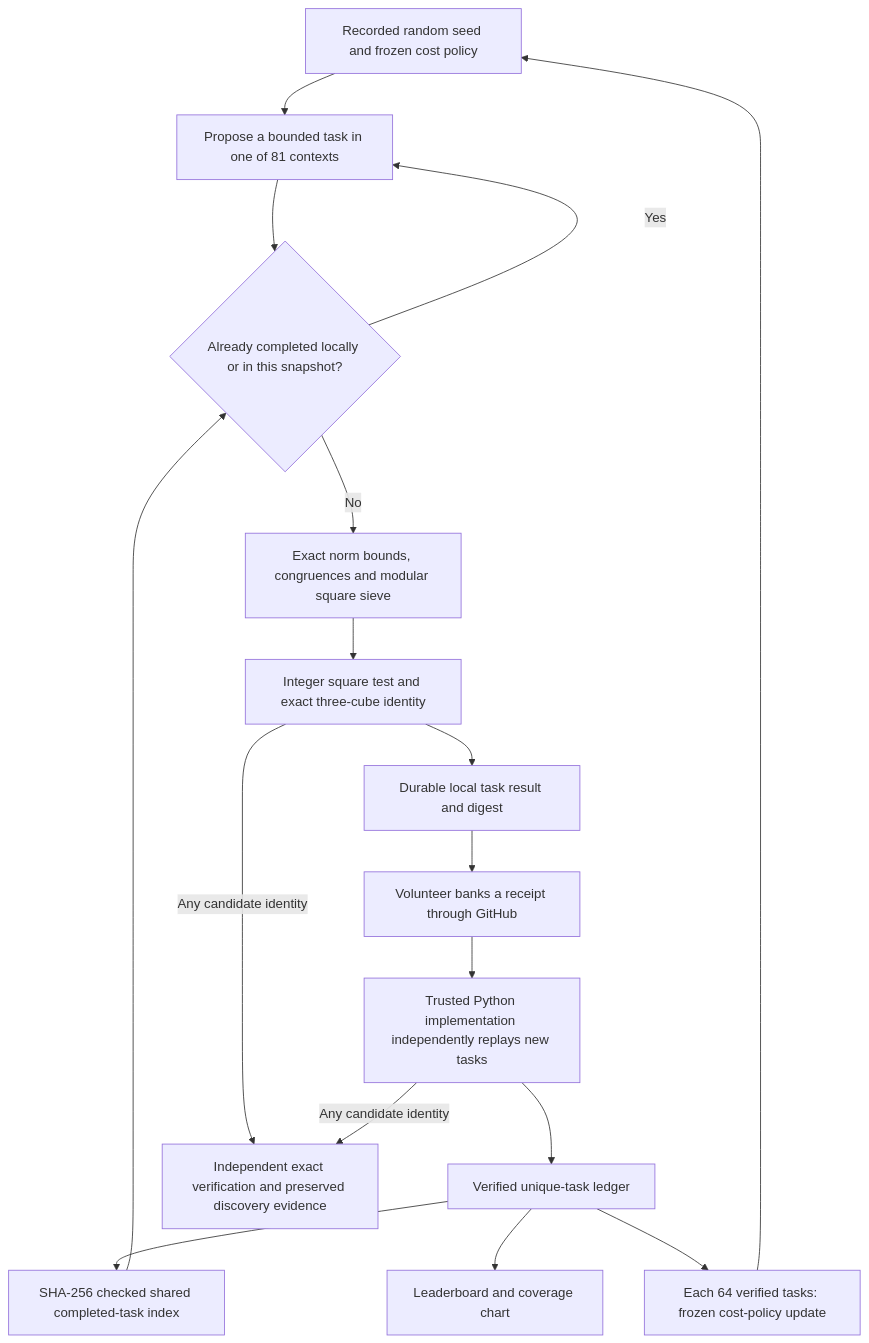
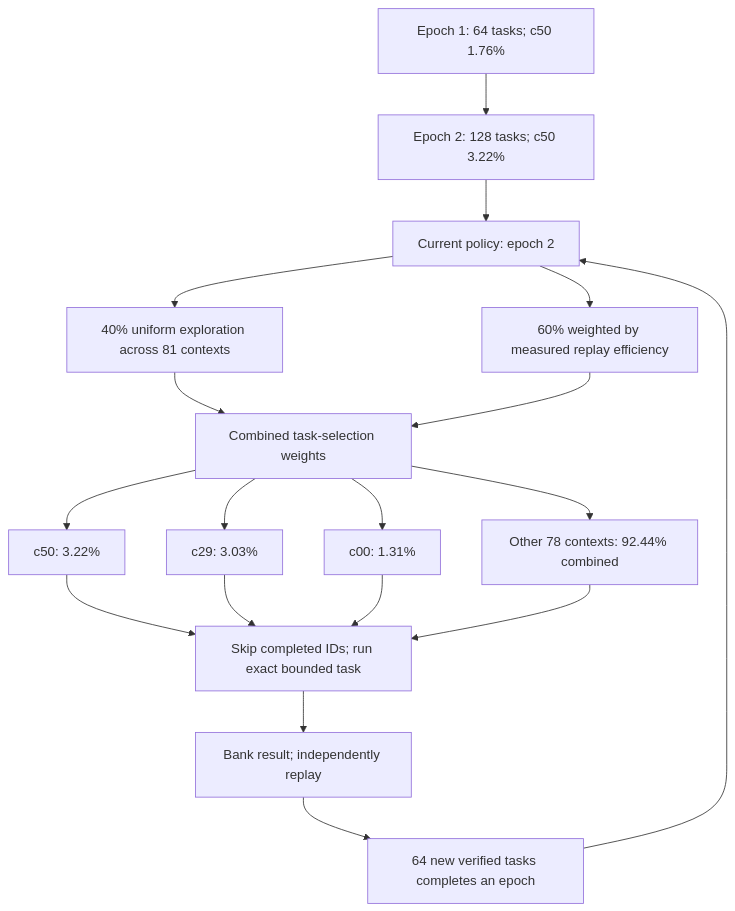
One commit to Kuberwastaken/math-gambling changed the diagram in README.md. Above: the diagram before and after it, drawn with Mermaid. The commit also changed other lines of this file and 6 other files, not shown here.

Commit message:
Publish the evolving strategy, verified score and leaderboard in README

````diff
--- a/README.md
+++ b/README.md
@@ -13,19 +46,23 @@
 ```mermaid
 flowchart TD
-    Seed["Recorded random seed and frozen cost policy"] --> Propose["Propose a bounded task in one of 81 contexts"]
-    Index["SHA-256 checked shared completed-task index"] --> Check{"Already completed locally or in this snapshot?"}
-    Propose --> Check
-    Check -->|Yes| Propose
-    Check -->|No| Sieve["Exact norm bounds, congruences and modular square sieve"]
-    Sieve --> Exact["Integer square test and exact three-cube identity"]
-    Exact --> Save["Durable local task result and digest"]
-    Save --> Bank["Volunteer banks a receipt through GitHub"]
-    Bank --> Replay["Trusted Python implementation independently replays new tasks"]
-    Replay --> Ledger["Verified unique-task ledger"]
-    Ledger --> Index
-    Ledger --> Board["Leaderboard and coverage chart"]
-    Ledger --> Epoch["Each 64 verified tasks: frozen cost-policy update"]
-    Epoch --> Seed
-    Exact -->|Any candidate identity| Discovery["Independent exact verification and preserved discovery evidence"]
-    Replay -->|Any candidate identity| Discovery
+    H0["Epoch 1: 64 tasks; c50 1.76%"]
+    H1["Epoch 2: 128 tasks; c50 3.22%"]
+    H0 --> H1
+    Policy["Current policy: epoch 2"]
+    H1 --> Policy
+    Policy --> Explore["40% uniform exploration across 81 contexts"]
+    Policy --> Cost["60% weighted by measured replay efficiency"]
+    Explore --> Mix["Combined task-selection weights"]
+    Cost --> Mix
+    Mix --> C0["c50: 3.22%"]
+    Mix --> C1["c29: 3.03%"]
+    Mix --> C2["c00: 1.31%"]
+    Mix --> Rest["Other 78 contexts: 92.44% combined"]
+    C0 --> Check["Skip completed IDs; run exact bounded task"]
+    C1 --> Check
+    C2 --> Check
+    Rest --> Check
+    Check --> Replay["Bank result; independently replay"]
+    Replay --> Gate["64 new verified tasks completes an epoch"]
+    Gate --> Policy
 ```
````
